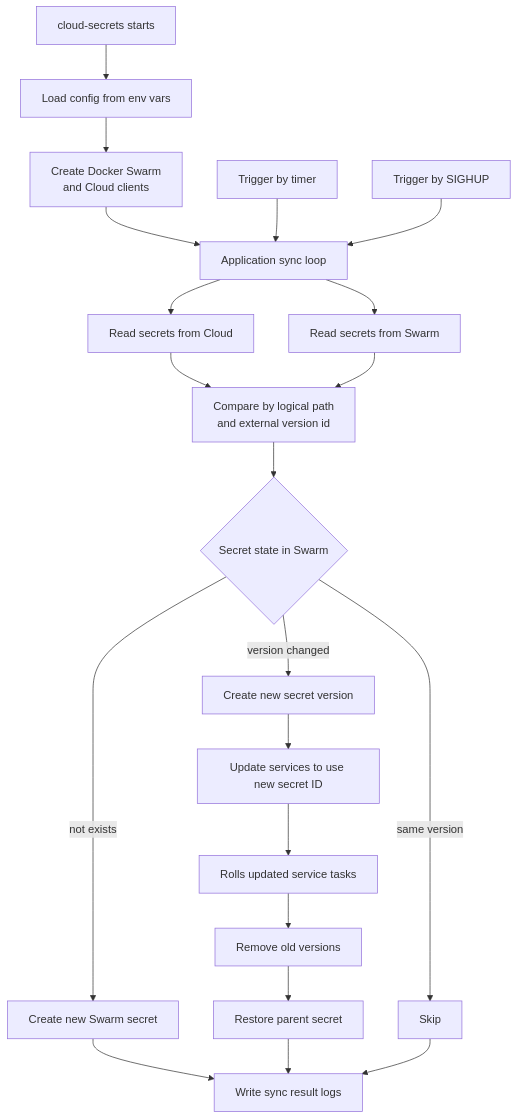
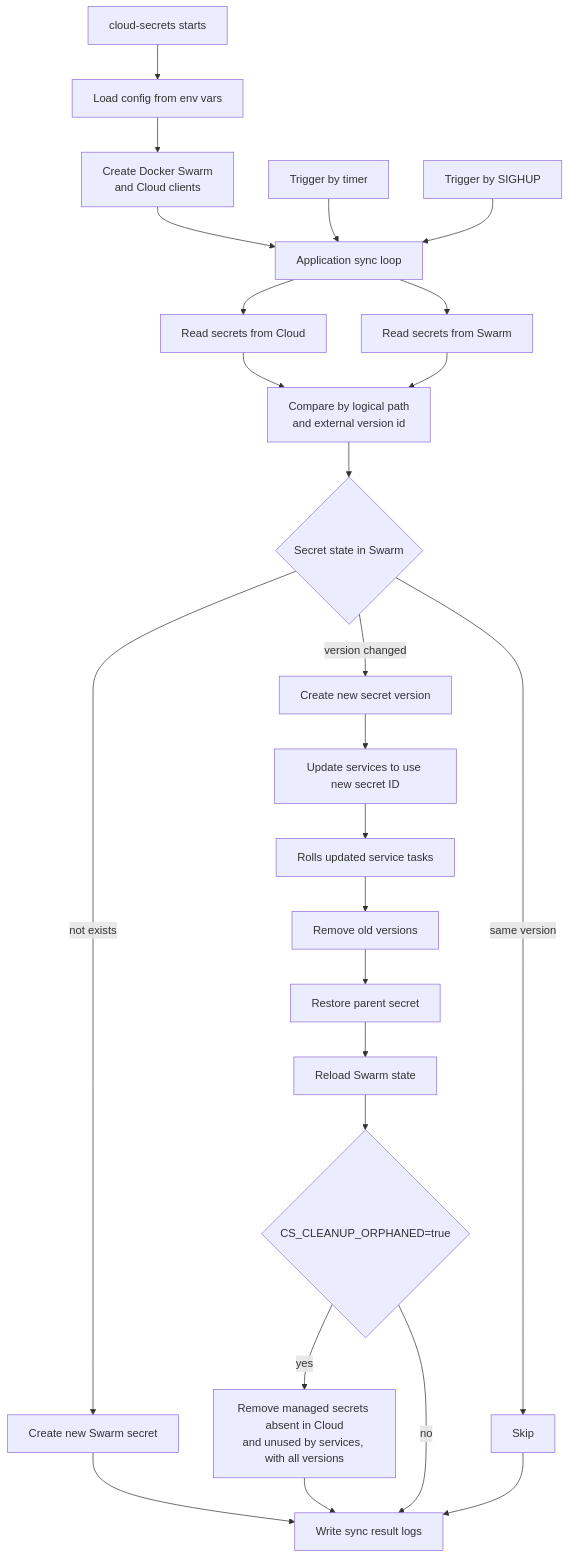
The diagram in README.md (swarm-deploy/cloud-secrets), drawn with Mermaid before and after one commit. The commit also changed 15 other files, not shown here.

First line of the commit message:
feat: cleanup orphaned secrets (#5)

````diff
--- a/README.md
+++ b/README.md
@@ -10,28 +10,32 @@
 ```mermaid
 flowchart TD
     A[cloud-secrets starts] --> B[Load config from env vars]
     B --> C["Create Docker Swarm<br/>and Cloud clients"]
     C --> E[Application sync loop]
 
     F[Trigger by timer] --> E
     Q[Trigger by SIGHUP] --> E
 
     E --> G[Read secrets from Cloud]
     E --> H[Read secrets from Swarm]
     G --> I["Compare by logical path<br/>and external version id"]
     H --> I
 
     I --> J{Secret state in Swarm}
     J -->|not exists| K[Create new Swarm secret]
     J -->|version changed| L[Create new secret version]
     J -->|same version| M[Skip]
 
     L --> N["Update services to use new secret ID"]
     N --> R[Rolls updated service tasks]
     R --> O[Remove old versions]
     O --> S[Restore parent secret]
+    S --> T["Reload Swarm state"]
+    T --> U{"CS_CLEANUP_ORPHANED=true"}
+    U -->|yes| V["Remove managed secrets absent in Cloud<br/>and unused by services, with all versions"]
+    U -->|no| P
 
     K --> P[Write sync result logs]
-    S --> P
+    V --> P
     M --> P
 ```
````
